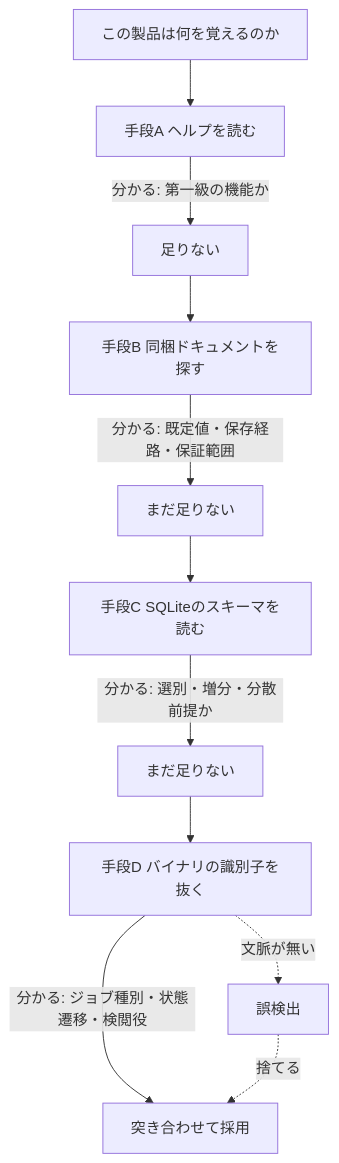
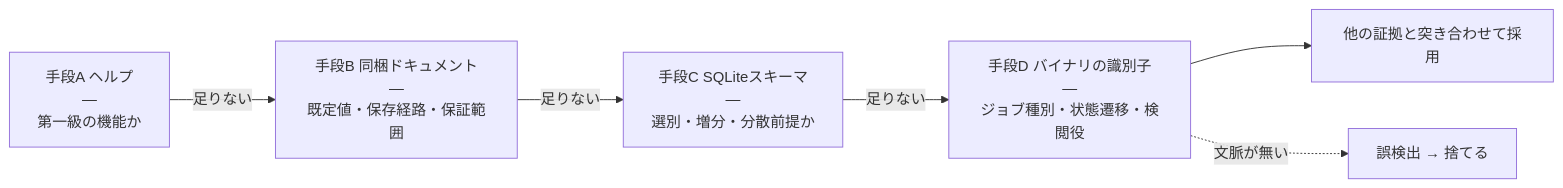
Before and after one commit to gucchi123/zenn-articles: the first of 5 diagrams in articles/agent-memory-undocumented-binary-recon.md, drawn with Mermaid.

Commit message:
Compact 図1 to a horizontal flow
縦に伸びすぎて一画面に入らなかったため LR に変更し、中間ノードを辺のラベルへ寄せた。

Claude-Session: https://claude.ai/code/session_01ASHAaSv3UqQcoX5S3ukgEY

````diff
--- a/articles/agent-memory-undocumented-binary-recon.md
+++ b/articles/agent-memory-undocumented-binary-recon.md
@@ -38,13 +38,8 @@
 ```mermaid
-flowchart TD
-    Q["この製品は何を覚えるのか"] --> A
-    A["手段A ヘルプを読む"] -->|"分かる: 第一級の機能か"| A2["足りない"]
-    A2 --> B["手段B 同梱ドキュメントを探す"]
-    B -->|"分かる: 既定値・保存経路・保証範囲"| B2["まだ足りない"]
-    B2 --> C["手段C SQLiteのスキーマを読む"]
-    C -->|"分かる: 選別・増分・分散前提か"| C2["まだ足りない"]
-    C2 --> D["手段D バイナリの識別子を抜く"]
-    D -->|"分かる: ジョブ種別・状態遷移・検閲役"| E["突き合わせて採用"]
-    D -.->|"文脈が無い"| F["誤検出"]
-    F -.->|"捨てる"| E
+flowchart LR
+    A["手段A ヘルプ<br/>―<br/>第一級の機能か"] -->|"足りない"| B["手段B 同梱ドキュメント<br/>―<br/>既定値・保存経路・保証範囲"]
+    B -->|"足りない"| C["手段C SQLiteスキーマ<br/>―<br/>選別・増分・分散前提か"]
+    C -->|"足りない"| D["手段D バイナリの識別子<br/>―<br/>ジョブ種別・状態遷移・検閲役"]
+    D --> E["他の証拠と突き合わせて採用"]
+    D -.->|"文脈が無い"| F["誤検出 → 捨てる"]
 ```
````
